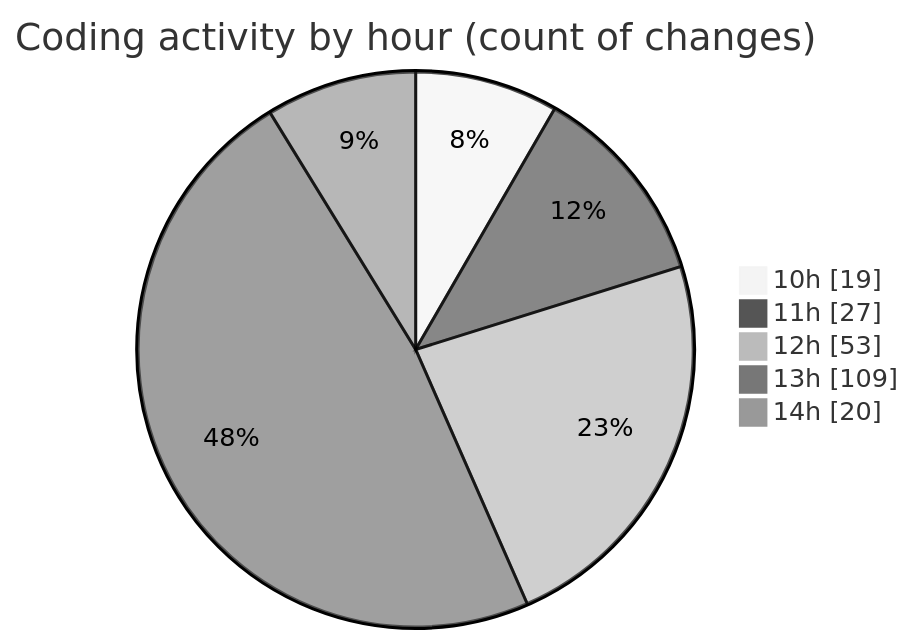
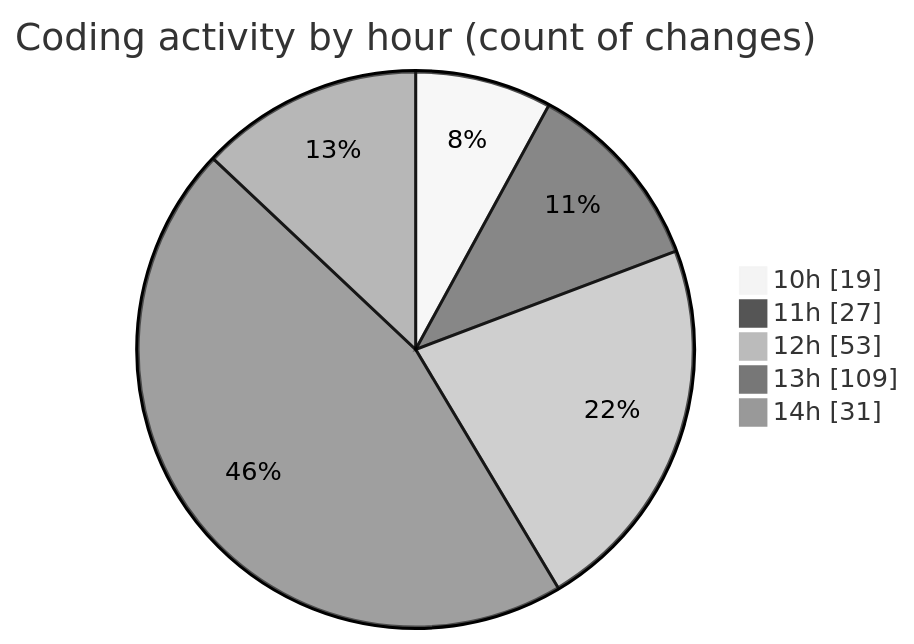
Before and after one commit to momahboobian/code-tracking: the second of 2 diagrams in 2025-03-18/cda/README.md, drawn with Mermaid (neutral theme). The commit also changed other lines of this file and 1 other file, not shown here.

````diff
--- a/2025-03-18/cda/README.md
+++ b/2025-03-18/cda/README.md
@@ -42,9 +42,9 @@
 ```mermaid
 pie showData
 title Coding activity by hour (count of changes)
 "10h" : 19
 "11h" : 27
 "12h" : 53
 "13h" : 109
-"14h" : 20
+"14h" : 31
 ```
````
